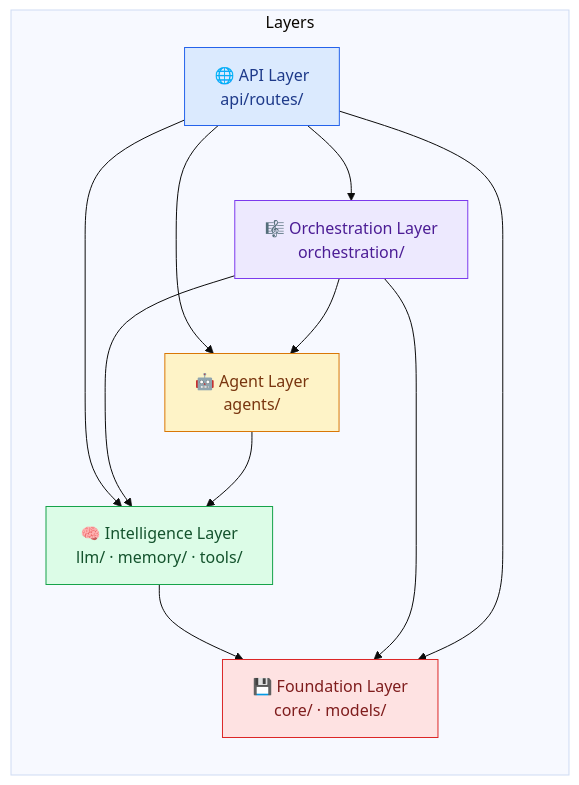
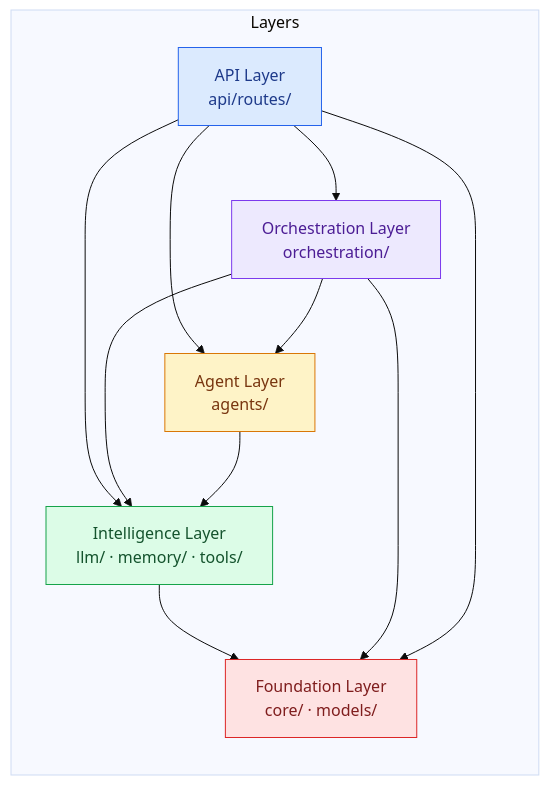
The second of 2 diagrams in docs/module-diagram.md (zainsardar-tech/zarix-agentos), drawn with Mermaid (base theme) before and after one commit. The commit also changed other lines of this file and 9 other files, not shown here.

Commit message:
fix diagram alignment and formatting

````diff
--- a/docs/module-diagram.md
+++ b/docs/module-diagram.md
@@ -136,33 +136,33 @@
 ```mermaid
 flowchart LR
-    subgraph Layers
-        direction TB
-        L1["🌐 API Layer<br/>api/routes/"]
-        L2["🎼 Orchestration Layer<br/>orchestration/"]
-        L3["🤖 Agent Layer<br/>agents/"]
-        L4["🧠 Intelligence Layer<br/>llm/ · memory/ · tools/"]
-        L5["💾 Foundation Layer<br/>core/ · models/"]
-    end
+  subgraph Layers
+  direction TB
+  L1[" API Layer<br/>api/routes/"]
+  L2[" Orchestration Layer<br/>orchestration/"]
+  L3[" Agent Layer<br/>agents/"]
+  L4[" Intelligence Layer<br/>llm/ · memory/ · tools/"]
+  L5[" Foundation Layer<br/>core/ · models/"]
+  end
 
-    L1 --> L2
-    L1 --> L3
-    L1 --> L4
-    L2 --> L3
-    L2 --> L4
-    L3 --> L4
-    L4 --> L5
-    L2 --> L5
-    L1 --> L5
+  L1 --> L2
+  L1 --> L3
+  L1 --> L4
+  L2 --> L3
+  L2 --> L4
+  L3 --> L4
+  L4 --> L5
+  L2 --> L5
+  L1 --> L5
 
-    classDef l1 fill:#DBEAFE,stroke:#2563EB,color:#1E3A8A
-    classDef l2 fill:#EDE9FE,stroke:#7C3AED,color:#4C1D95
-    classDef l3 fill:#FEF3C7,stroke:#D97706,color:#78350F
-    classDef l4 fill:#DCFCE7,stroke:#16A34A,color:#14532D
-    classDef l5 fill:#FEE2E2,stroke:#DC2626,color:#7F1D1D
+  classDef l1 fill:#DBEAFE,stroke:#2563EB,color:#1E3A8A
+  classDef l2 fill:#EDE9FE,stroke:#7C3AED,color:#4C1D95
+  classDef l3 fill:#FEF3C7,stroke:#D97706,color:#78350F
+  classDef l4 fill:#DCFCE7,stroke:#16A34A,color:#14532D
+  classDef l5 fill:#FEE2E2,stroke:#DC2626,color:#7F1D1D
 
-    class L1 l1
-    class L2 l2
-    class L3 l3
-    class L4 l4
-    class L5 l5
+  class L1 l1
+  class L2 l2
+  class L3 l3
+  class L4 l4
+  class L5 l5
 ```
````
